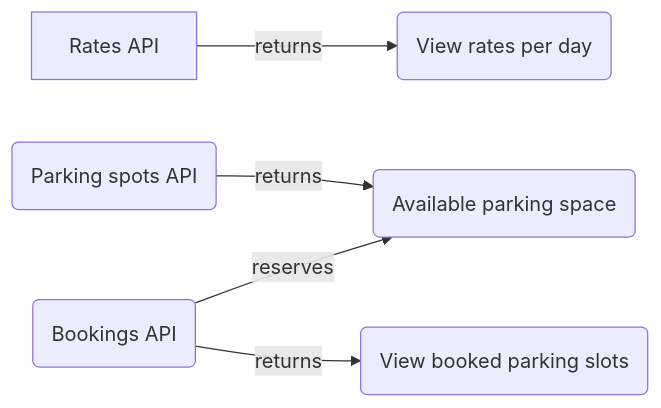
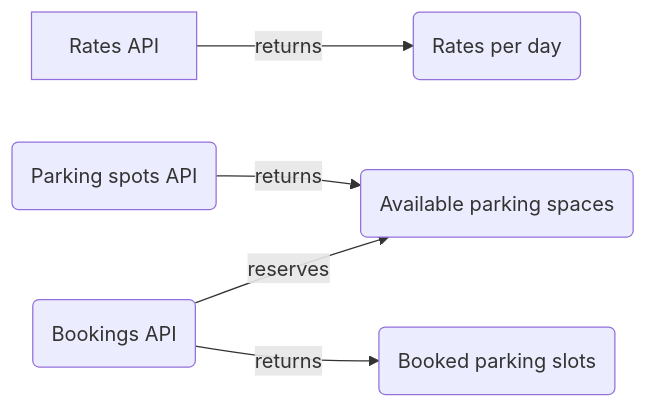
Before and after one commit to alsyedz-examples/parking-system: the diagram in README.md, drawn with Mermaid.

````diff
--- a/README.md
+++ b/README.md
@@ -25,7 +25,7 @@
 ```mermaid
 graph LR
-A[Rates API] -- returns --> B(View rates per day)
-C(Parking spots API) -- returns --> D(View available parking spaces)
-E(Bookings API) -- returns --> F(View booked parking slots)
-E(Bookings API) -- reserves --> D(Available parking space)
+A[Rates API] -- returns --> B(Rates per day)
+C(Parking spots API) -- returns --> D(Available parking spaces)
+E(Bookings API) -- returns --> F(Booked parking slots)
+E(Bookings API) -- reserves --> D(Available parking spaces)
 ```
````
